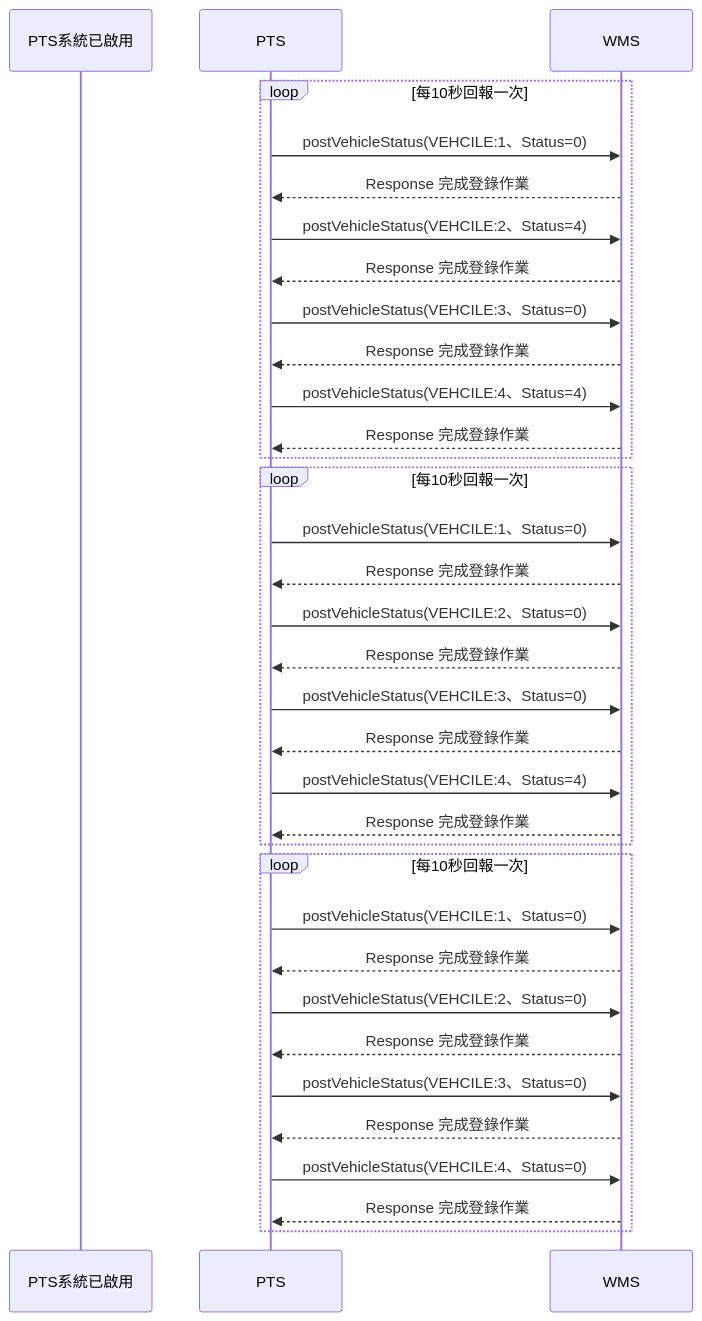
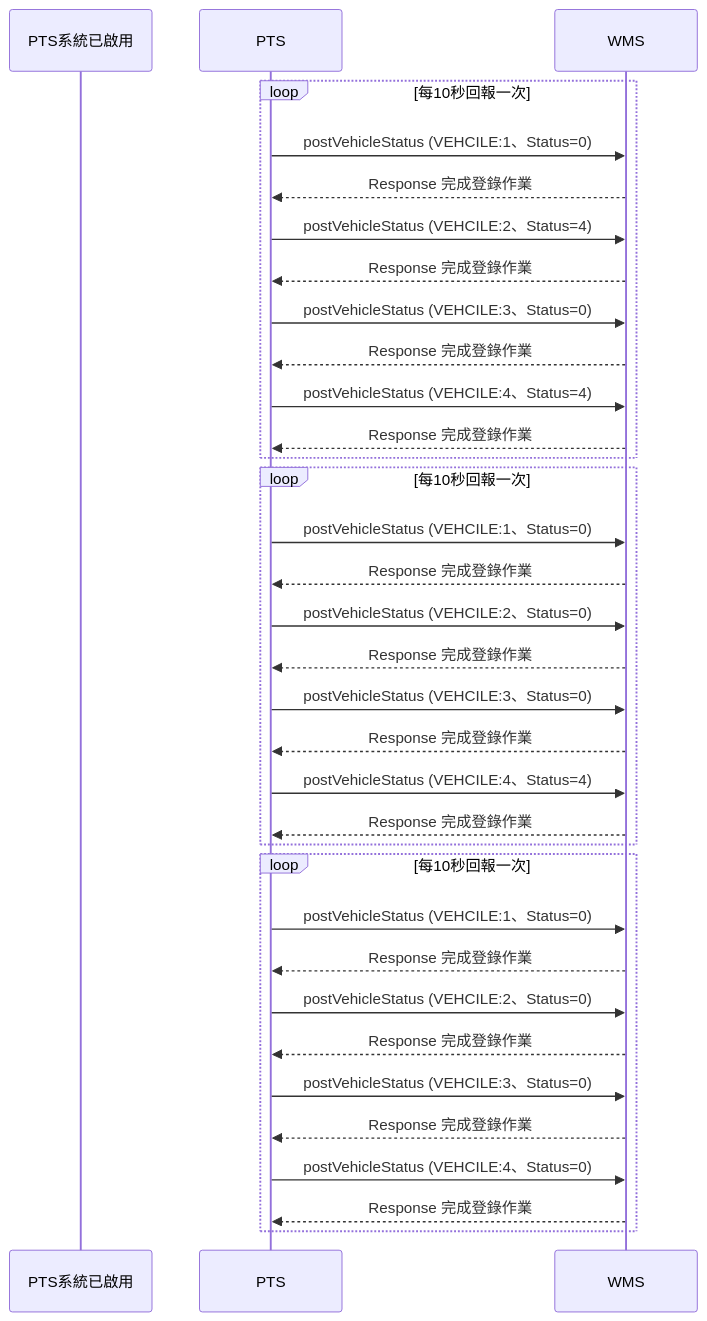
The fifth of 5 diagrams in README.md (athena-tircgo/amr-wms-lsj), drawn with Mermaid before and after one commit. The commit also changed other lines of this file, not shown here.

````diff
--- a/README.md
+++ b/README.md
@@ -307,39 +307,39 @@
 ```mermaid
 sequenceDiagram
     participant PTS系統已啟用
     participant PTS
     participant WMS
 
     loop 每10秒回報一次
-        PTS->>WMS: postVehicleStatus(VEHCILE:1、Status=0)
+        PTS->>WMS: postVehicleStatus (VEHCILE:1、Status=0)
         WMS-->>PTS: Response 完成登錄作業
-        PTS->>WMS: postVehicleStatus(VEHCILE:2、Status=4)
+        PTS->>WMS: postVehicleStatus (VEHCILE:2、Status=4)
         WMS-->>PTS: Response 完成登錄作業
-        PTS->>WMS: postVehicleStatus(VEHCILE:3、Status=0)
+        PTS->>WMS: postVehicleStatus (VEHCILE:3、Status=0)
         WMS-->>PTS: Response 完成登錄作業
-        PTS->>WMS: postVehicleStatus(VEHCILE:4、Status=4)
+        PTS->>WMS: postVehicleStatus (VEHCILE:4、Status=4)
         WMS-->>PTS: Response 完成登錄作業
     end
 
     loop 每10秒回報一次
-        PTS->>WMS: postVehicleStatus(VEHCILE:1、Status=0)
+        PTS->>WMS: postVehicleStatus (VEHCILE:1、Status=0)
         WMS-->>PTS: Response 完成登錄作業
-        PTS->>WMS: postVehicleStatus(VEHCILE:2、Status=0)
+        PTS->>WMS: postVehicleStatus (VEHCILE:2、Status=0)
         WMS-->>PTS: Response 完成登錄作業
-        PTS->>WMS: postVehicleStatus(VEHCILE:3、Status=0)
+        PTS->>WMS: postVehicleStatus (VEHCILE:3、Status=0)
         WMS-->>PTS: Response 完成登錄作業
-        PTS->>WMS: postVehicleStatus(VEHCILE:4、Status=4)
+        PTS->>WMS: postVehicleStatus (VEHCILE:4、Status=4)
         WMS-->>PTS: Response 完成登錄作業
     end
 
     loop 每10秒回報一次
-        PTS->>WMS: postVehicleStatus(VEHCILE:1、Status=0)
+        PTS->>WMS: postVehicleStatus (VEHCILE:1、Status=0)
         WMS-->>PTS: Response 完成登錄作業
-        PTS->>WMS: postVehicleStatus(VEHCILE:2、Status=0)
+        PTS->>WMS: postVehicleStatus (VEHCILE:2、Status=0)
         WMS-->>PTS: Response 完成登錄作業
-        PTS->>WMS: postVehicleStatus(VEHCILE:3、Status=0)
+        PTS->>WMS: postVehicleStatus (VEHCILE:3、Status=0)
         WMS-->>PTS: Response 完成登錄作業
-        PTS->>WMS: postVehicleStatus(VEHCILE:4、Status=0)
+        PTS->>WMS: postVehicleStatus (VEHCILE:4、Status=0)
         WMS-->>PTS: Response 完成登錄作業
     end
 ```
````
